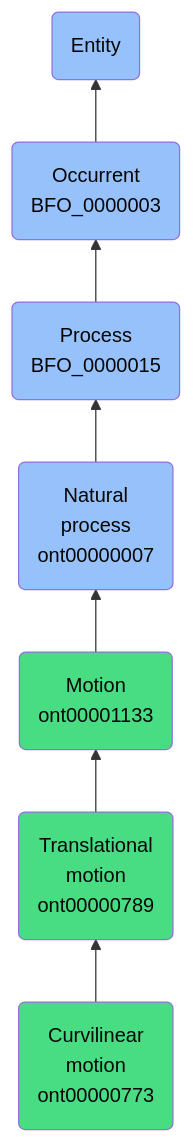
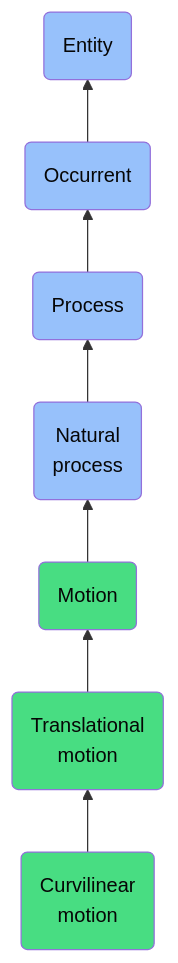
The diagram in docs/ontology/reference/model/Entity/Occurrent/Process/Natural process/Motion/Translational motion/Curvilinear motion/Curvilinear motion.md (jupyter-naas/abi), drawn with Mermaid before and after one commit. The commit also changed other lines of this file and 1430 other files, not shown here.

````diff
--- a/docs/ontology/reference/model/Entity/Occurrent/Process/Natural process/Motion/Translational motion/Curvilinear motion/Curvilinear motion.md
+++ b/docs/ontology/reference/model/Entity/Occurrent/Process/Natural process/Motion/Translational motion/Curvilinear motion/Curvilinear motion.md
@@ -24,14 +24,14 @@
 ```mermaid
 graph BT
-    ont00000773(Curvilinear<br>motion<br>ont00000773):::ABI-->ont00000789
-    ont00000789(Translational<br>motion<br>ont00000789):::ABI-->ont00001133
-    ont00001133(Motion<br>ont00001133):::ABI-->ont00000007
-    ont00000007(Natural<br>process<br>ont00000007):::BFO-->BFO_0000015
-    BFO_0000015(Process<br>BFO_0000015):::BFO-->BFO_0000003
-    BFO_0000003(Occurrent<br>BFO_0000003):::BFO-->BFO_0000001
+    ont00000773(Curvilinear<br>motion):::ABI-->ont00000789
+    ont00000789(Translational<br>motion):::ABI-->ont00001133
+    ont00001133(Motion):::ABI-->ont00000007
+    ont00000007(Natural<br>process):::BFO-->BFO_0000015
+    BFO_0000015(Process):::BFO-->BFO_0000003
+    BFO_0000003(Occurrent):::BFO-->BFO_0000001
     BFO_0000001(Entity):::BFO
     
     classDef BFO fill:#97c1fb,color:#060606
     classDef CCO fill:#e4c51e,color:#060606
     classDef ABI fill:#48DD82,color:#060606
 ```
````
